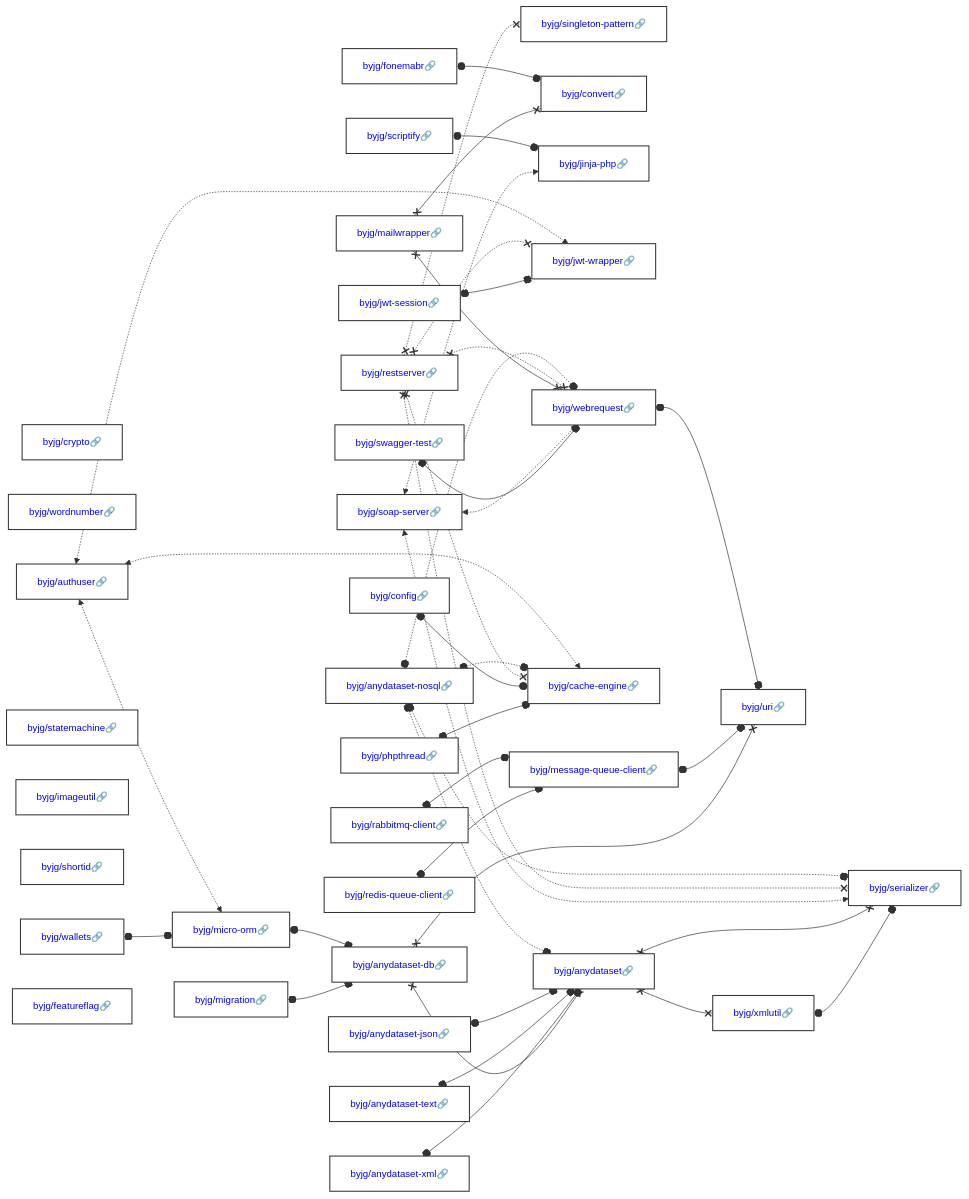
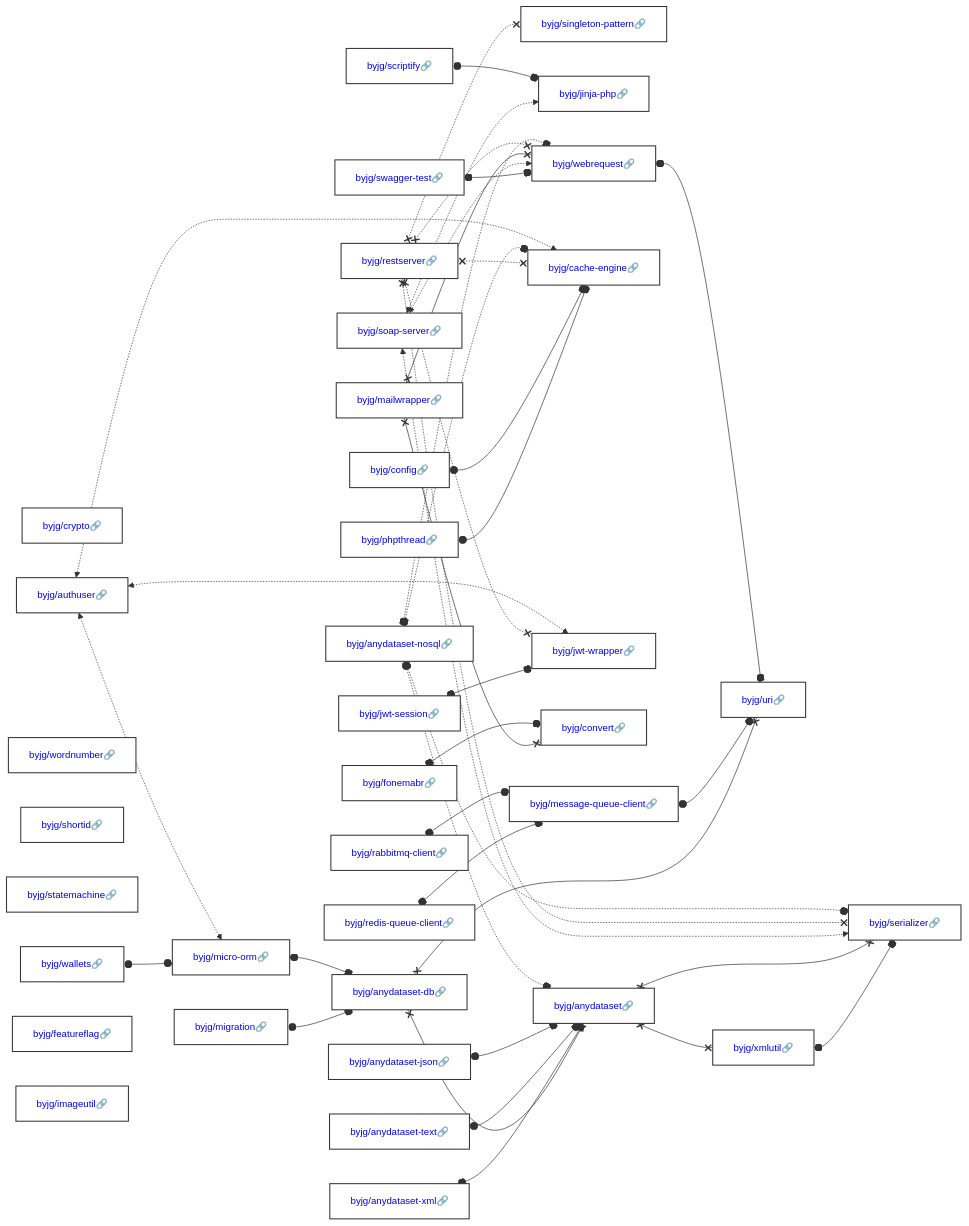
Before and after one commit to byjg/byjg.github.io: the diagram in docs/php/README.md, drawn with Mermaid. The commit also changed other lines of this file, not shown here.

Commit message:
Update documentation 'php' 'php-restserver'

````diff
--- a/docs/php/README.md
+++ b/docs/php/README.md
@@ -3,37 +3,37 @@
 ```mermaid
 graph LR;
+  byjg/restserver[<a href='https://opensource.byjg.com/docs/php/restserver' style='text-decoration:none'>byjg/restserver🔗</a>];
   byjg/crypto[<a href='https://opensource.byjg.com/docs/php/crypto' style='text-decoration:none'>byjg/crypto🔗</a>];
+  byjg/soap-server[<a href='https://opensource.byjg.com/docs/php/soap-server' style='text-decoration:none'>byjg/soap-server🔗</a>];
+  byjg/wallets[<a href='https://opensource.byjg.com/docs/php/wallets' style='text-decoration:none'>byjg/wallets🔗</a>];
+  byjg/fonemabr[<a href='https://opensource.byjg.com/docs/php/fonemabr' style='text-decoration:none'>byjg/fonemabr🔗</a>];
+  byjg/swagger-test[<a href='https://opensource.byjg.com/docs/php/swagger-test' style='text-decoration:none'>byjg/swagger-test🔗</a>];
   byjg/config[<a href='https://opensource.byjg.com/docs/php/config' style='text-decoration:none'>byjg/config🔗</a>];
-  byjg/fonemabr[<a href='https://opensource.byjg.com/docs/php/fonemabr' style='text-decoration:none'>byjg/fonemabr🔗</a>];
   byjg/wordnumber[<a href='https://opensource.byjg.com/docs/php/wordnumber' style='text-decoration:none'>byjg/wordnumber🔗</a>];
-  byjg/soap-server[<a href='https://opensource.byjg.com/docs/php/soap-server' style='text-decoration:none'>byjg/soap-server🔗</a>];
-  byjg/restserver[<a href='https://opensource.byjg.com/docs/php/restserver' style='text-decoration:none'>byjg/restserver🔗</a>];
-  byjg/wallets[<a href='https://opensource.byjg.com/docs/php/wallets' style='text-decoration:none'>byjg/wallets🔗</a>];
+  byjg/shortid[<a href='https://opensource.byjg.com/docs/php/shortid' style='text-decoration:none'>byjg/shortid🔗</a>];
+  byjg/redis-queue-client[<a href='https://opensource.byjg.com/docs/php/redis-queue-client' style='text-decoration:none'>byjg/redis-queue-client🔗</a>];
+  byjg/anydataset-text[<a href='https://opensource.byjg.com/docs/php/anydataset-text' style='text-decoration:none'>byjg/anydataset-text🔗</a>];
   byjg/statemachine[<a href='https://opensource.byjg.com/docs/php/statemachine' style='text-decoration:none'>byjg/statemachine🔗</a>];
-  byjg/anydataset-text[<a href='https://opensource.byjg.com/docs/php/anydataset-text' style='text-decoration:none'>byjg/anydataset-text🔗</a>];
+  byjg/anydataset-xml[<a href='https://opensource.byjg.com/docs/php/anydataset-xml' style='text-decoration:none'>byjg/anydataset-xml🔗</a>];
+  byjg/authuser[<a href='https://opensource.byjg.com/docs/php/authuser' style='text-decoration:none'>byjg/authuser🔗</a>];
+  byjg/anydataset-json[<a href='https://opensource.byjg.com/docs/php/anydataset-json' style='text-decoration:none'>byjg/anydataset-json🔗</a>];
+  byjg/scriptify[<a href='https://opensource.byjg.com/docs/php/scriptify' style='text-decoration:none'>byjg/scriptify🔗</a>];
+  byjg/featureflag[<a href='https://opensource.byjg.com/docs/php/featureflag' style='text-decoration:none'>byjg/featureflag🔗</a>];
+  byjg/phpthread[<a href='https://opensource.byjg.com/docs/php/phpthread' style='text-decoration:none'>byjg/phpthread🔗</a>];
+  byjg/rabbitmq-client[<a href='https://opensource.byjg.com/docs/php/rabbitmq-client' style='text-decoration:none'>byjg/rabbitmq-client🔗</a>];
   byjg/imageutil[<a href='https://opensource.byjg.com/docs/php/imageutil' style='text-decoration:none'>byjg/imageutil🔗</a>];
-  byjg/rabbitmq-client[<a href='https://opensource.byjg.com/docs/php/rabbitmq-client' style='text-decoration:none'>byjg/rabbitmq-client🔗</a>];
+  byjg/anydataset-nosql[<a href='https://opensource.byjg.com/docs/php/anydataset-nosql' style='text-decoration:none'>byjg/anydataset-nosql🔗</a>];
+  byjg/jwt-session[<a href='https://opensource.byjg.com/docs/php/jwt-session' style='text-decoration:none'>byjg/jwt-session🔗</a>];
+  byjg/migration[<a href='https://opensource.byjg.com/docs/php/migration' style='text-decoration:none'>byjg/migration🔗</a>];
   byjg/mailwrapper[<a href='https://opensource.byjg.com/docs/php/mailwrapper' style='text-decoration:none'>byjg/mailwrapper🔗</a>];
-  byjg/phpthread[<a href='https://opensource.byjg.com/docs/php/phpthread' style='text-decoration:none'>byjg/phpthread🔗</a>];
-  byjg/scriptify[<a href='https://opensource.byjg.com/docs/php/scriptify' style='text-decoration:none'>byjg/scriptify🔗</a>];
-  byjg/shortid[<a href='https://opensource.byjg.com/docs/php/shortid' style='text-decoration:none'>byjg/shortid🔗</a>];
-  byjg/swagger-test[<a href='https://opensource.byjg.com/docs/php/swagger-test' style='text-decoration:none'>byjg/swagger-test🔗</a>];
-  byjg/authuser[<a href='https://opensource.byjg.com/docs/php/authuser' style='text-decoration:none'>byjg/authuser🔗</a>];
-  byjg/featureflag[<a href='https://opensource.byjg.com/docs/php/featureflag' style='text-decoration:none'>byjg/featureflag🔗</a>];
-  byjg/migration[<a href='https://opensource.byjg.com/docs/php/migration' style='text-decoration:none'>byjg/migration🔗</a>];
-  byjg/anydataset-xml[<a href='https://opensource.byjg.com/docs/php/anydataset-xml' style='text-decoration:none'>byjg/anydataset-xml🔗</a>];
-  byjg/jwt-session[<a href='https://opensource.byjg.com/docs/php/jwt-session' style='text-decoration:none'>byjg/jwt-session🔗</a>];
-  byjg/anydataset-json[<a href='https://opensource.byjg.com/docs/php/anydataset-json' style='text-decoration:none'>byjg/anydataset-json🔗</a>];
-  byjg/anydataset-nosql[<a href='https://opensource.byjg.com/docs/php/anydataset-nosql' style='text-decoration:none'>byjg/anydataset-nosql🔗</a>];
-  byjg/redis-queue-client[<a href='https://opensource.byjg.com/docs/php/redis-queue-client' style='text-decoration:none'>byjg/redis-queue-client🔗</a>];
   byjg/singleton-pattern[<a href='https://opensource.byjg.com/docs/php/singleton-pattern' style='text-decoration:none'>byjg/singleton-pattern🔗</a>];
+  byjg/micro-orm[<a href='https://opensource.byjg.com/docs/php/micro-orm' style='text-decoration:none'>byjg/micro-orm🔗</a>];
+  byjg/jinja-php[<a href='https://opensource.byjg.com/docs/php/jinja-php' style='text-decoration:none'>byjg/jinja-php🔗</a>];
+  byjg/message-queue-client[<a href='https://opensource.byjg.com/docs/php/message-queue-client' style='text-decoration:none'>byjg/message-queue-client🔗</a>];
+  byjg/cache-engine[<a href='https://opensource.byjg.com/docs/php/cache-engine' style='text-decoration:none'>byjg/cache-engine🔗</a>];
+  byjg/jwt-wrapper[<a href='https://opensource.byjg.com/docs/php/jwt-wrapper' style='text-decoration:none'>byjg/jwt-wrapper🔗</a>];
   byjg/convert[<a href='https://opensource.byjg.com/docs/php/convert' style='text-decoration:none'>byjg/convert🔗</a>];
-  byjg/jinja-php[<a href='https://opensource.byjg.com/docs/php/jinja-php' style='text-decoration:none'>byjg/jinja-php🔗</a>];
-  byjg/micro-orm[<a href='https://opensource.byjg.com/docs/php/micro-orm' style='text-decoration:none'>byjg/micro-orm🔗</a>];
-  byjg/jwt-wrapper[<a href='https://opensource.byjg.com/docs/php/jwt-wrapper' style='text-decoration:none'>byjg/jwt-wrapper🔗</a>];
   byjg/webrequest[<a href='https://opensource.byjg.com/docs/php/webrequest' style='text-decoration:none'>byjg/webrequest🔗</a>];
-  byjg/cache-engine[<a href='https://opensource.byjg.com/docs/php/cache-engine' style='text-decoration:none'>byjg/cache-engine🔗</a>];
-  byjg/message-queue-client[<a href='https://opensource.byjg.com/docs/php/message-queue-client' style='text-decoration:none'>byjg/message-queue-client🔗</a>];
   byjg/anydataset-db[<a href='https://opensource.byjg.com/docs/php/anydataset-db' style='text-decoration:none'>byjg/anydataset-db🔗</a>];
   byjg/anydataset[<a href='https://opensource.byjg.com/docs/php/anydataset' style='text-decoration:none'>byjg/anydataset🔗</a>];
   byjg/uri[<a href='https://opensource.byjg.com/docs/php/uri' style='text-decoration:none'>byjg/uri🔗</a>];
````
